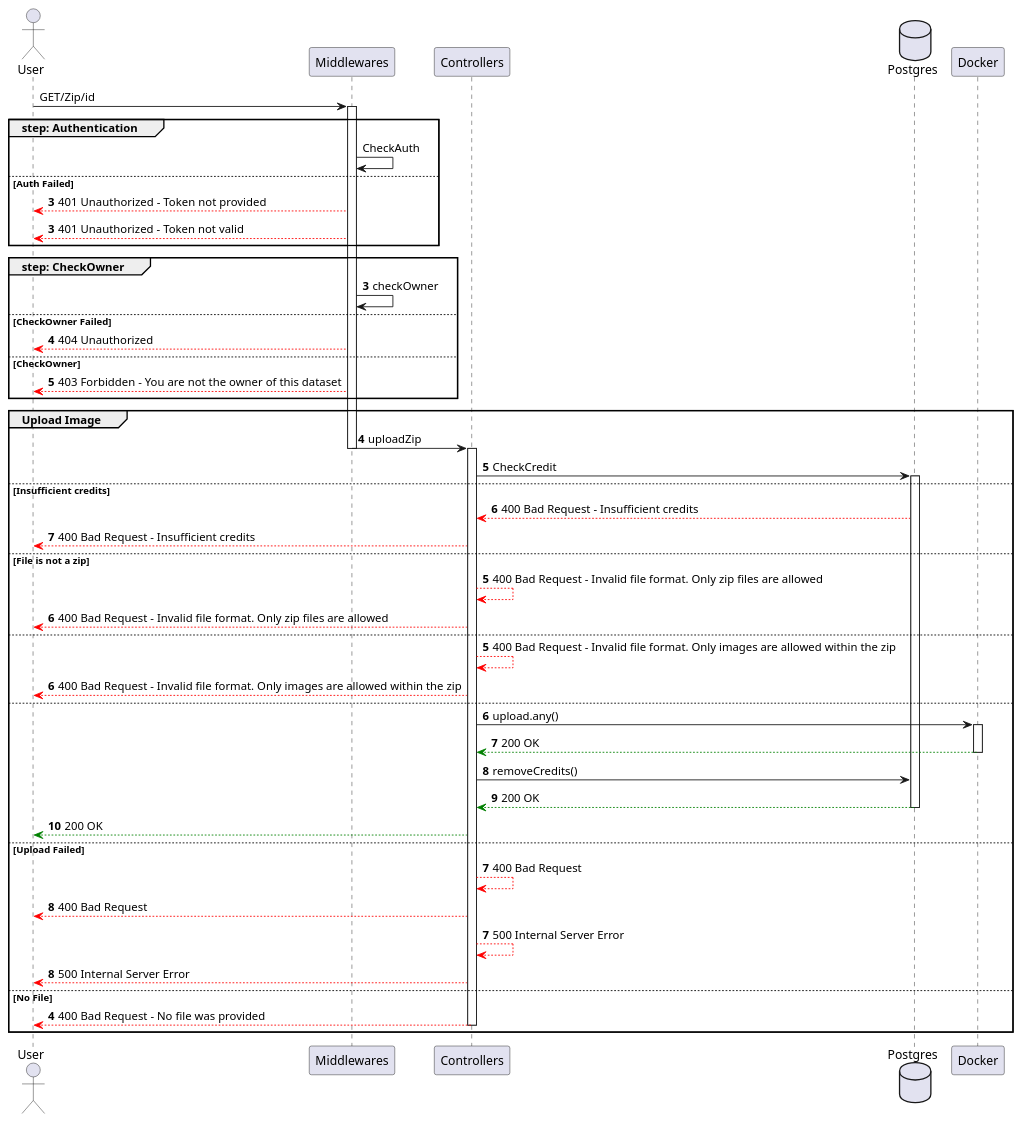
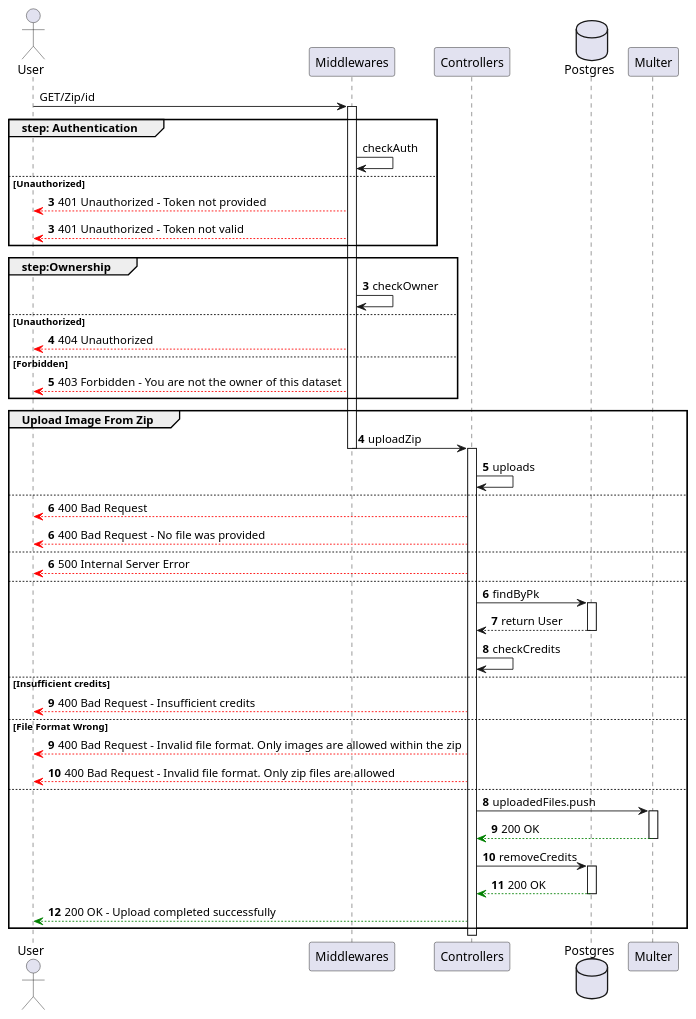
One commit to ShadowWalker1411/ProgrammazioneAvanzataREPO changed the diagram in sequence_diagrams/datasets/UploadZip.puml. Above: the diagram before and after it, drawn with PlantUML. The commit also changed 34 other files, not shown here.

```diff
--- a/sequence_diagrams/datasets/UploadZip.puml
+++ b/sequence_diagrams/datasets/UploadZip.puml
@@ -1,63 +1,64 @@
-@startuml
+@startuml UploadImageFromZip
 
 actor User
 
 participant Middlewares
 participant Controllers
 database Postgres
-participant Docker 
+participant Multer 
 
 User -> Middlewares ++: GET/Zip/id
 group step: Authentication
-    Middlewares -> Middlewares : CheckAuth
-else Auth Failed
+    Middlewares -> Middlewares : checkAuth
+else Unauthorized
     autonumber 3
     Middlewares --[#red]> User : 401 Unauthorized - Token not provided
     autonumber 3
     Middlewares --[#red]> User : 401 Unauthorized - Token not valid
 end
-group step: CheckOwner 
+
+group step:Ownership
     autonumber 3
     Middlewares -> Middlewares : checkOwner 
-else CheckOwner Failed
+else Unauthorized
 autonumber 4
     Middlewares --[#red]> User : 404 Unauthorized
-else CheckOwner 
+else Forbidden 
     Middlewares --[#red]> User : 403 Forbidden - You are not the owner of this dataset
 end
-group Upload Image
+
+group Upload Image From Zip
     autonumber 4
     Middlewares -> Controllers --++: uploadZip
-    Controllers -> Postgres++: CheckCredit
+    Controllers -> Controllers : uploads
+else
+    autonumber 6
+    Controllers --[#red]> User: 400 Bad Request
+    autonumber 6
+    Controllers --[#red]> User : 400 Bad Request - No file was provided
+else    
+    autonumber 6
+    Controllers --[#red]> User: 500 Internal Server Error
+    
+else  
+    autonumber 6
+    Controllers -> Postgres ++: findByPk  
+    Postgres --> Controllers --: return User
+    Controllers -> Controllers: checkCredits
 else Insufficient credits
-    autonumber 6
-    Postgres --[#red]> Controllers: 400 Bad Request - Insufficient credits
     Controllers --[#red]> User: 400 Bad Request - Insufficient credits
-else File is not a zip
-    autonumber 5
-    Controllers --[#red]> Controllers: 400 Bad Request - Invalid file format. Only zip files are allowed
+else File Format Wrong
+    autonumber 9
+    Controllers --[#red]> User: 400 Bad Request - Invalid file format. Only images are allowed within the zip
     Controllers --[#red]> User: 400 Bad Request - Invalid file format. Only zip files are allowed
 else 
-    autonumber 5
-    Controllers --[#red]> Controllers: 400 Bad Request - Invalid file format. Only images are allowed within the zip
-    Controllers --[#red]> User: 400 Bad Request - Invalid file format. Only images are allowed within the zip
-else
-    autonumber 6
-    Controllers -> Docker++: upload.any()
-    Docker --[#green]> Controllers--: 200 OK
-    Controllers -> Postgres: removeCredits()
-    Postgres --[#green]> Controllers--: 200 OK
-    Controllers --[#green]> User: 200 OK
-else Upload Failed
-    autonumber 7
-    Controllers --[#red]> Controllers: 400 Bad Request
-    Controllers --[#red]> User: 400 Bad Request
-    autonumber 7
-    Controllers --[#red]> Controllers: 500 Internal Server Error
-    Controllers --[#red]> User: 500 Internal Server Error
-else No File
-    autonumber 4
-    Controllers --[#red]> User --: 400 Bad Request - No file was provided
+    autonumber 8
+    Controllers -> Multer++: uploadedFiles.push
+    Multer --[#green]> Controllers --: 200 OK
+    autonumber 10
+    Controllers -> Postgres ++: removeCredits
+    Postgres --[#green]> Controllers --: 200 OK
+    Controllers --[#green]> User: 200 OK - Upload completed successfully
 end
 
 @enduml
```
